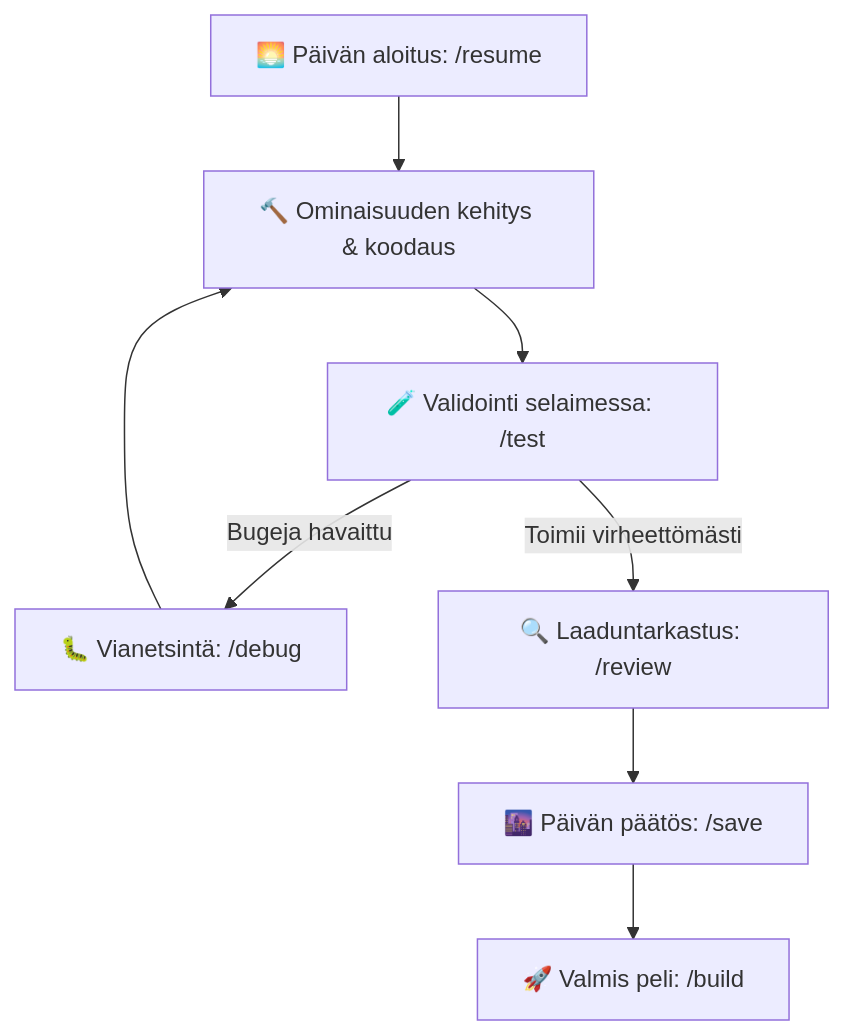
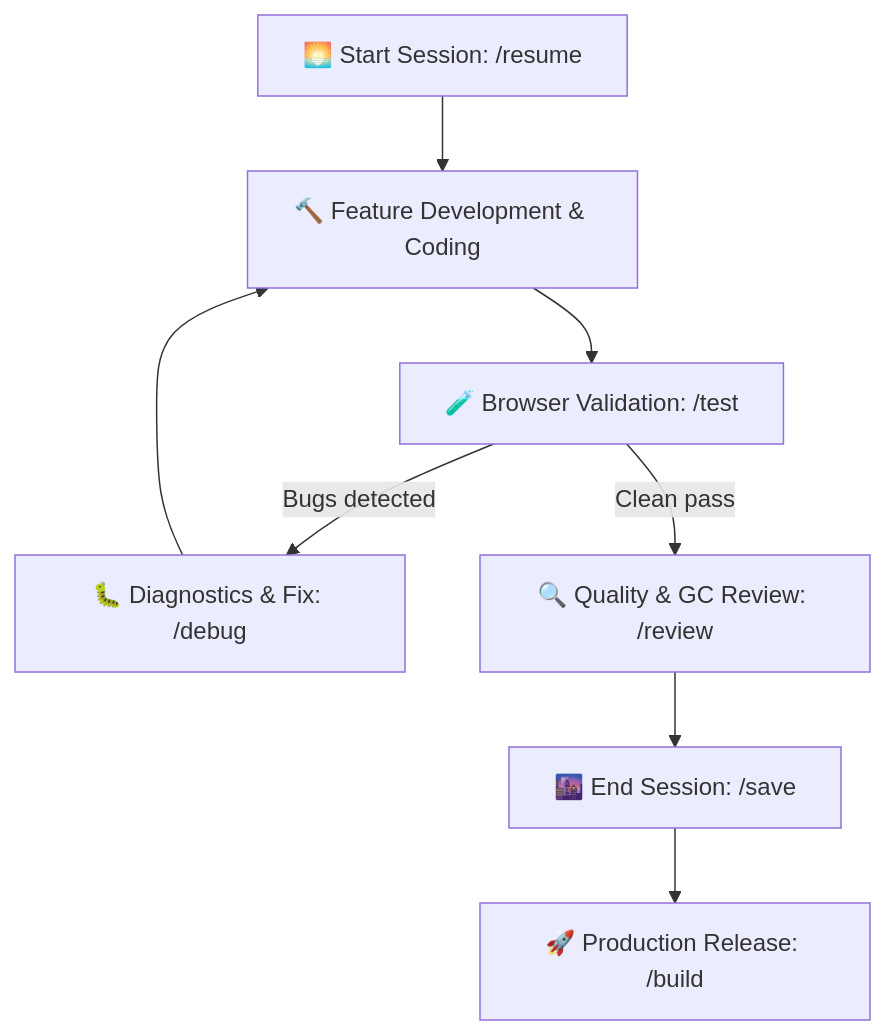
The diagram in AGENTS.md (Samrude1/Agentic-games-template), drawn with Mermaid before and after one commit. The commit also changed other lines of this file and 28 other files, not shown here.

````diff
--- a/AGENTS.md
+++ b/AGENTS.md
@@ -44,10 +44,10 @@
 ```mermaid
 graph TD
-    A["🌅 Päivän aloitus: /resume"] --> B["🔨 Ominaisuuden kehitys & koodaus"]
-    B --> C["🧪 Validointi selaimessa: /test"]
-    C -- Bugeja havaittu --> D["🐛 Vianetsintä: /debug"]
+    A["🌅 Start Session: /resume"] --> B["🔨 Feature Development & Coding"]
+    B --> C["🧪 Browser Validation: /test"]
+    C -- Bugs detected --> D["🐛 Diagnostics & Fix: /debug"]
     D --> B
-    C -- Toimii virheettömästi --> E["🔍 Laaduntarkastus: /review"]
-    E --> F["🌆 Päivän päätös: /save"]
-    F --> G["🚀 Valmis peli: /build"]
+    C -- Clean pass --> E["🔍 Quality & GC Review: /review"]
+    E --> F["🌆 End Session: /save"]
+    F --> G["🚀 Production Release: /build"]
 ```
````
